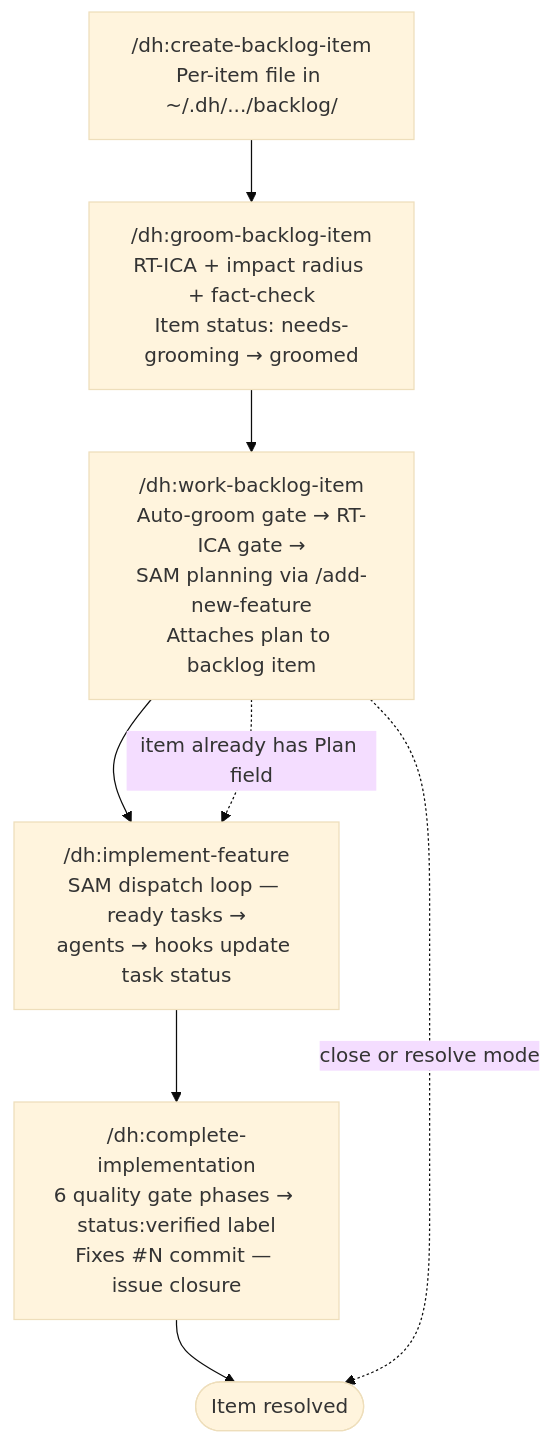
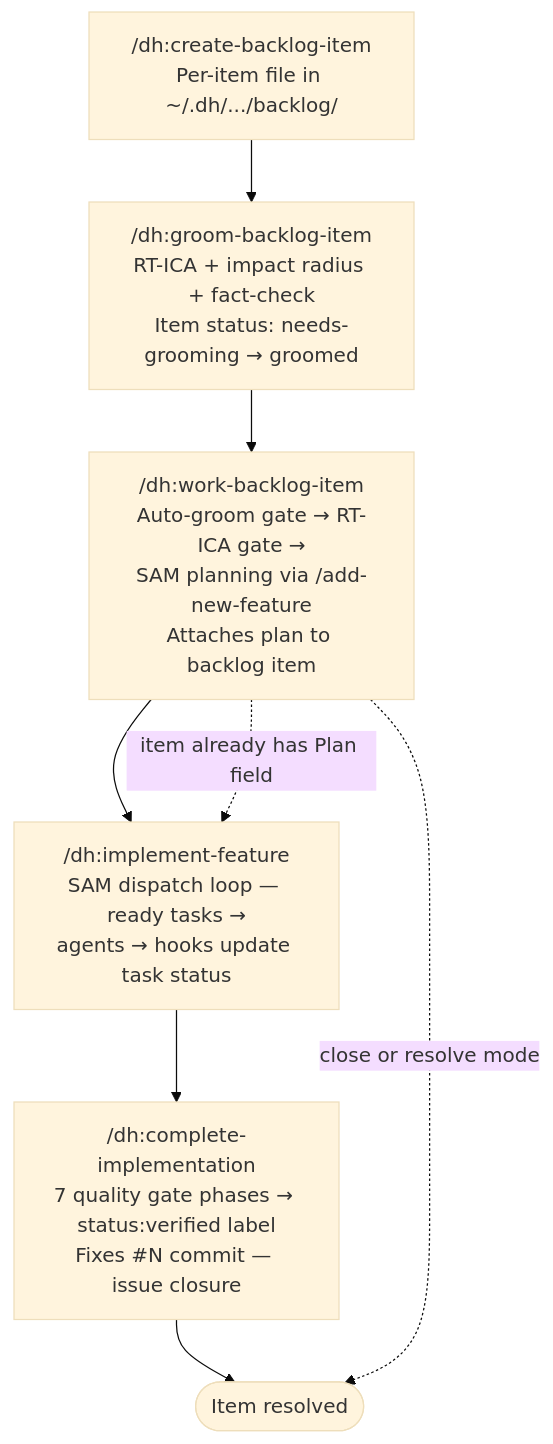
The second of 2 diagrams in plugins/development-harness/skills/development-harness/SKILL.md (chgreer1070/claude_skills), drawn with Mermaid (base theme) before and after one commit. The commit also changed other lines of this file and 15 other files, not shown here.

````diff
--- a/plugins/development-harness/skills/development-harness/SKILL.md
+++ b/plugins/development-harness/skills/development-harness/SKILL.md
@@ -59,11 +59,11 @@
 ```mermaid
 flowchart TD
     Capture["/dh:create-backlog-item<br>Per-item file in ~/.dh/.../backlog/"] --> Groom
     Groom["/dh:groom-backlog-item<br>RT-ICA + impact radius + fact-check<br>Item status: needs-grooming → groomed"] --> Work
     Work["/dh:work-backlog-item<br>Auto-groom gate → RT-ICA gate →<br>SAM planning via /add-new-feature<br>Attaches plan to backlog item"] --> Execute
     Execute["/dh:implement-feature<br>SAM dispatch loop — ready tasks →<br>agents → hooks update task status"] --> QG
-    QG["/dh:complete-implementation<br>6 quality gate phases → status:verified label<br>Fixes #N commit — issue closure"] --> Done(["Item resolved"])
+    QG["/dh:complete-implementation<br>7 quality gate phases → status:verified label<br>Fixes #N commit — issue closure"] --> Done(["Item resolved"])
 
     Work -.->|item already has Plan field| Execute
     Work -.->|close or resolve mode| Done
 ```
````
